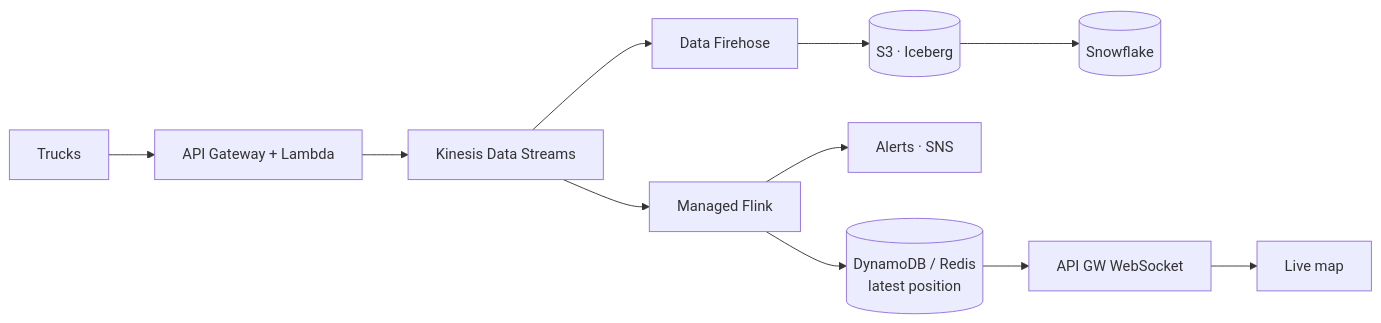
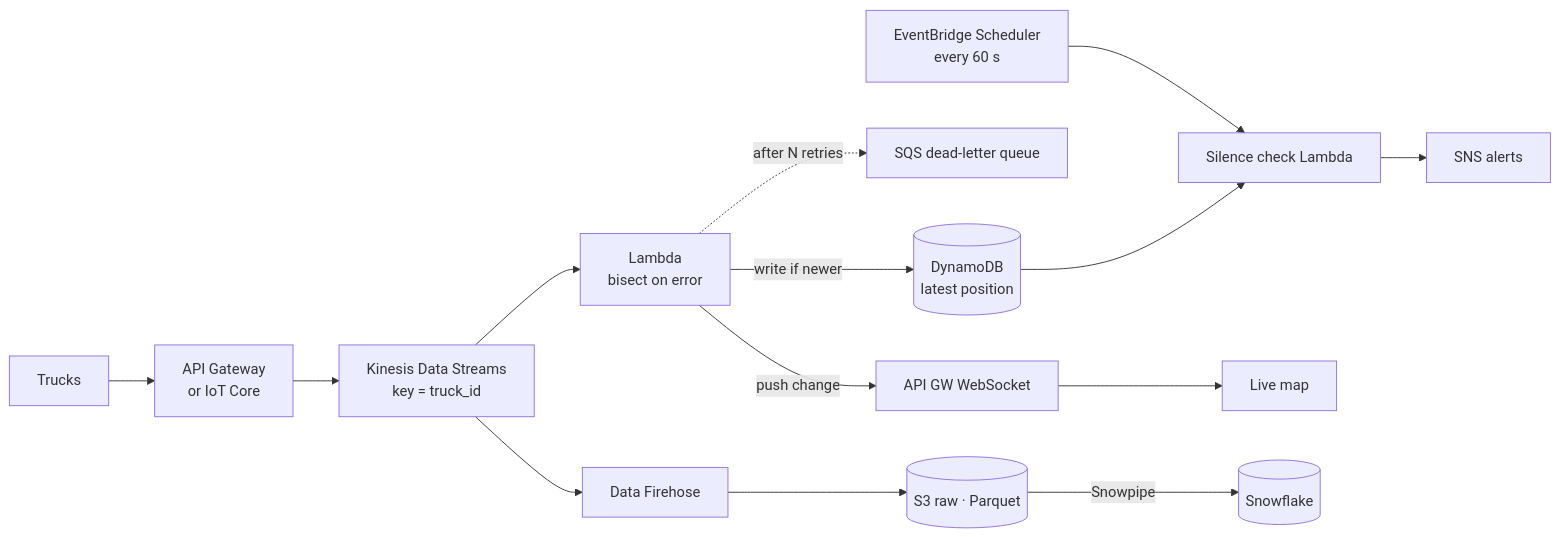
One commit to matiastulli/software-engineering-studybook changed the fourth of 5 diagrams in theory/cloud/architecture-comparison.md. Above: the diagram before and after it, drawn with Mermaid. The commit also changed other lines of this file and 15 other files, not shown here.

````diff
--- a/theory/cloud/architecture-comparison.md
+++ b/theory/cloud/architecture-comparison.md
@@ -133,8 +136,10 @@
 ```mermaid
 flowchart LR
-    T["Trucks"] --> API["API Gateway + Lambda"] --> KDS["Kinesis Data Streams"]
-    KDS --> FL["Managed Flink"] --> DDB[("DynamoDB / Redis<br/>latest position")]
-    FL --> AL["Alerts · SNS"]
-    KDS --> FH["Data Firehose"] --> S3[("S3 · Iceberg")] --> SF[("Snowflake")]
-    DDB --> WS["API GW WebSocket"] --> MAP["Live map"]
+    T["Trucks"] --> API["API Gateway<br/>or IoT Core"] --> KDS["Kinesis Data Streams<br/>key = truck_id"]
+    KDS --> L["Lambda<br/>bisect on error"] -->|write if newer| DDB[("DynamoDB<br/>latest position")]
+    L -.->|after N retries| DLQ["SQS dead-letter queue"]
+    SCH["EventBridge Scheduler<br/>every 60 s"] --> AL["Silence check Lambda"] --> SNS["SNS alerts"]
+    DDB --> AL
+    L -->|push change| WS["API GW WebSocket"] --> MAP["Live map"]
+    KDS --> FH["Data Firehose"] --> S3[("S3 raw · Parquet")] -->|Snowpipe| SF[("Snowflake")]
 ```
````
